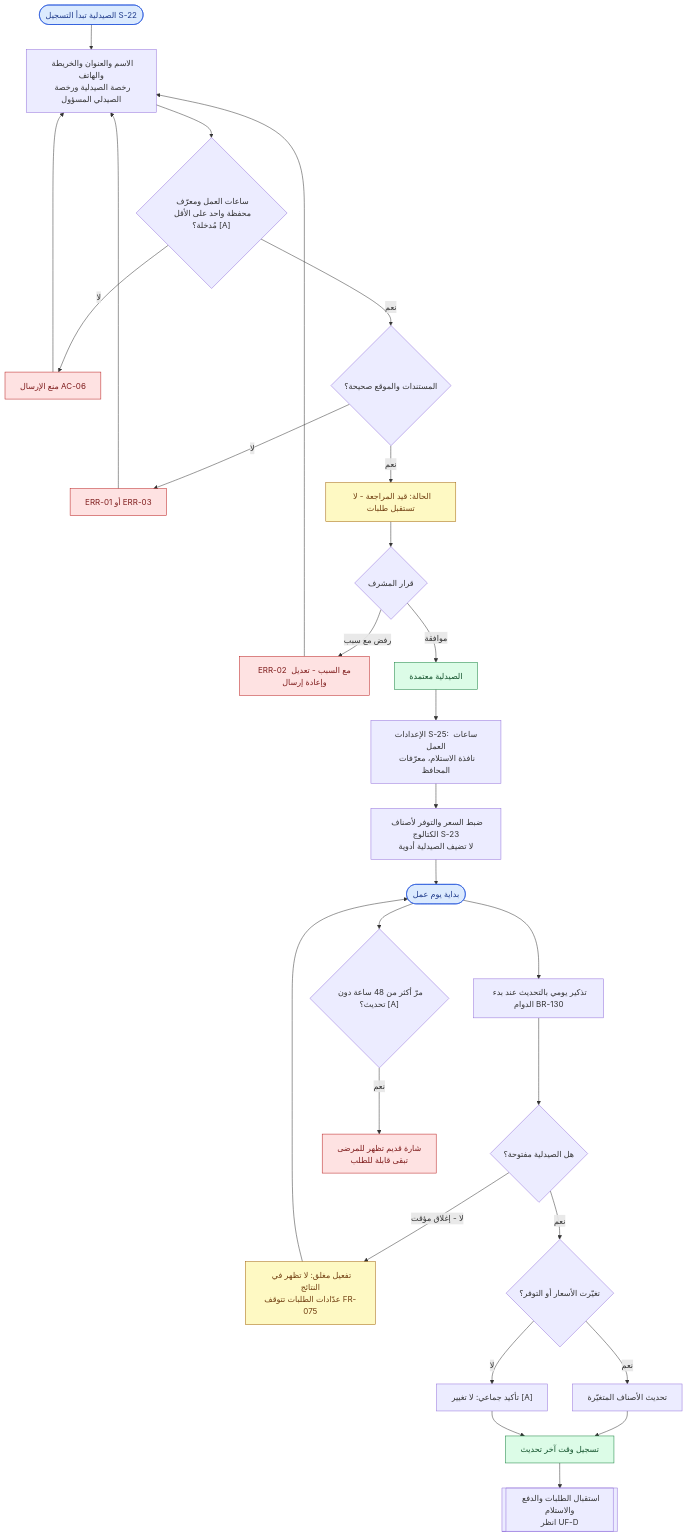
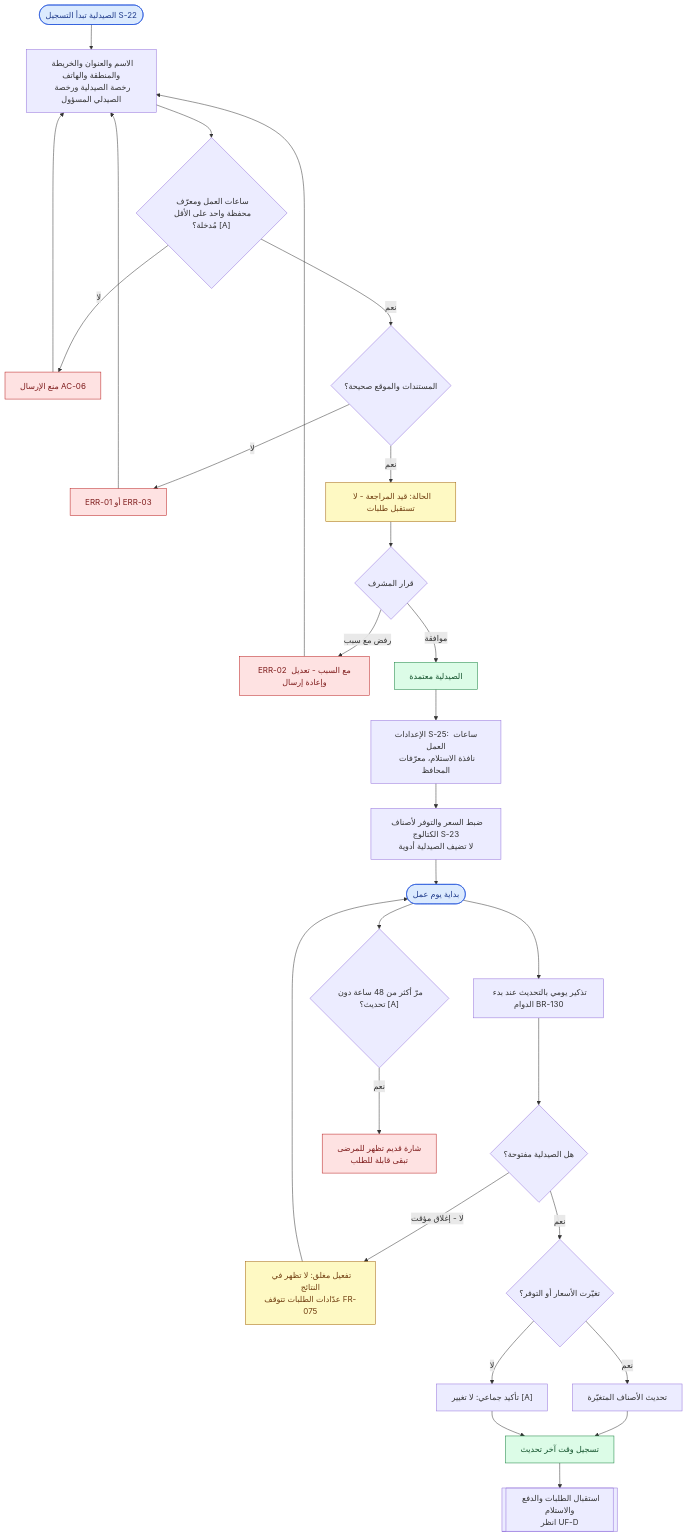
One commit to foxamoca/iltiam changed diagram 11 of 12 in docs/user-flow.ar.md. Above: the diagram before and after it, drawn with Mermaid. The commit also changed other lines of this file and 8 other files, not shown here.

First line of the commit message:
docs: apply owner answers (PRD v1.2) to PRD, PDFs, flows, UI/UX and domain model

````diff
--- a/docs/user-flow.ar.md
+++ b/docs/user-flow.ar.md
@@ -763,41 +771,41 @@
 ```mermaid
 flowchart TD
-    START(["الصيدلية تبدأ التسجيل S-22"]) --> FORM["الاسم والعنوان والخريطة والهاتف<br/>رخصة الصيدلية ورخصة الصيدلي المسؤول"]
+    START(["الصيدلية تبدأ التسجيل S-22"]) --> FORM["الاسم والعنوان والخريطة والمنطقة والهاتف<br/>رخصة الصيدلية ورخصة الصيدلي المسؤول"]
     FORM --> REQ{"ساعات العمل ومعرّف محفظة واحد على الأقل مُدخلة؟ [A]"}
     REQ -->|"لا"| BLOCK["منع الإرسال AC-06"]
     BLOCK --> FORM
     REQ -->|"نعم"| DOCQ{"المستندات والموقع صحيحة؟"}
     DOCQ -->|"لا"| ERR01["ERR-01 أو ERR-03"]
     ERR01 --> FORM
     DOCQ -->|"نعم"| SUBMIT["الحالة: قيد المراجعة - لا تستقبل طلبات"]
     SUBMIT --> REVIEW{"قرار المشرف"}
     REVIEW -->|"رفض مع سبب"| ERR02["ERR-02 مع السبب - تعديل وإعادة إرسال"]
     ERR02 --> FORM
     REVIEW -->|"موافقة"| APPROVED["الصيدلية معتمدة"]
     APPROVED --> SETTINGS["الإعدادات S-25: ساعات العمل<br/>نافذة الاستلام، معرّفات المحافظ"]
     SETTINGS --> INV["ضبط السعر والتوفر لأصناف الكتالوج S-23<br/>لا تضيف الصيدلية أدوية"]
 
     INV --> DAY(["بداية يوم عمل"])
     DAY --> RMD["تذكير يومي بالتحديث عند بدء الدوام BR-130"]
     RMD --> OPENQ{"هل الصيدلية مفتوحة؟"}
     OPENQ -->|"لا - إغلاق مؤقت"| CLOSED["تفعيل مغلق: لا تظهر في النتائج<br/>عدّادات الطلبات تتوقف FR-075"]
     CLOSED --> DAY
     OPENQ -->|"نعم"| UPD{"تغيّرت الأسعار أو التوفر؟"}
     UPD -->|"نعم"| EDIT["تحديث الأصناف المتغيّرة"]
     UPD -->|"لا"| BULK["تأكيد جماعي: لا تغيير [A]"]
     EDIT --> STAMP["تسجيل وقت آخر تحديث"]
     BULK --> STAMP
     STAMP --> ORD[["استقبال الطلبات والدفع والاستلام<br/>انظر UF-D"]]
 
     DAY --> STALE{"مرّ أكثر من 48 ساعة دون تحديث؟ [A]"}
     STALE -->|"نعم"| OUTD["شارة قديم تظهر للمرضى<br/>تبقى قابلة للطلب"]
 
     classDef entry fill:#dbeafe,stroke:#1d4ed8,color:#1e3a8a
     classDef success fill:#dcfce7,stroke:#15803d,color:#14532d
     classDef error fill:#fee2e2,stroke:#b91c1c,color:#7f1d1d
     classDef pending fill:#fef9c3,stroke:#a16207,color:#713f12
     class START,DAY entry
     class APPROVED,STAMP success
     class BLOCK,ERR01,ERR02,OUTD error
     class SUBMIT,CLOSED pending
 ```
````
